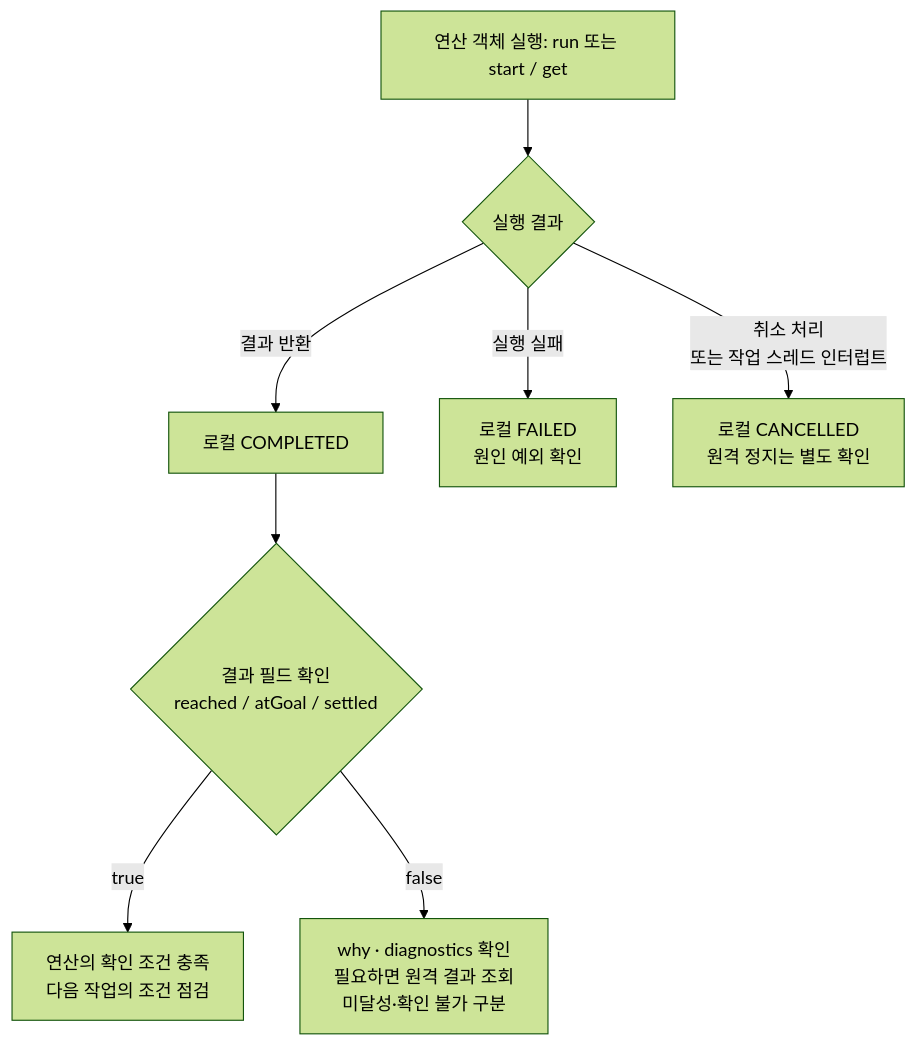
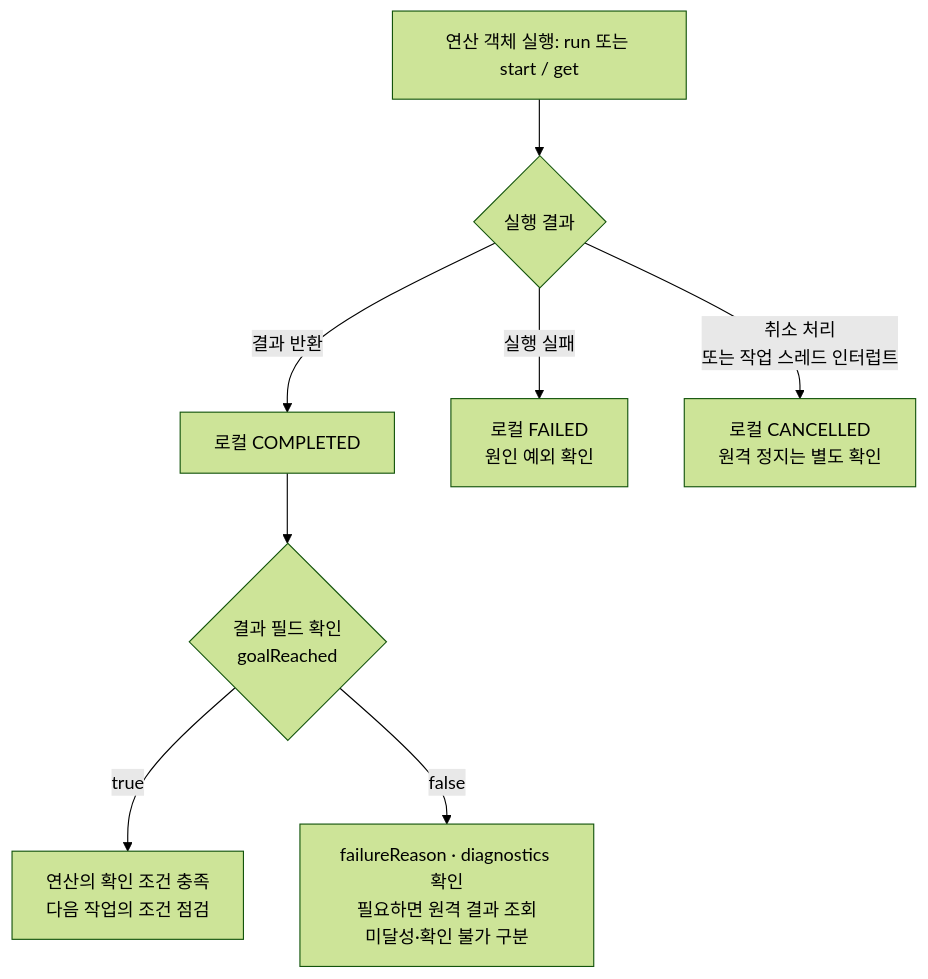
One commit to kwlee0220/mdt-robot-client changed the first of 4 diagrams in README.md. Above: the diagram before and after it, drawn with Mermaid (forest theme). The commit also changed other lines of this file and 79 other files, not shown here.

````diff
--- a/README.md
+++ b/README.md
@@ -274,10 +322,10 @@
 ```mermaid
 flowchart TD
     Execute["연산 객체 실행: run 또는 start / get"] --> End{"실행 결과"}
     End -->|결과 반환| Completed["로컬 COMPLETED"]
-    Completed --> Judge{"결과 필드 확인<br/>reached / atGoal / settled"}
+    Completed --> Judge{"결과 필드 확인<br/>goalReached"}
     Judge -->|true| Next["연산의 확인 조건 충족<br/>다음 작업의 조건 점검"]
-    Judge -->|false| Inspect["why · diagnostics 확인<br/>필요하면 원격 결과 조회<br/>미달성·확인 불가 구분"]
+    Judge -->|false| Inspect["failureReason · diagnostics 확인<br/>필요하면 원격 결과 조회<br/>미달성·확인 불가 구분"]
     End -->|실행 실패| Failed["로컬 FAILED<br/>원인 예외 확인"]
     End -->|"취소 처리<br/>또는 작업 스레드 인터럽트"| Cancelled["로컬 CANCELLED<br/>원격 정지는 별도 확인"]
 ```
````
